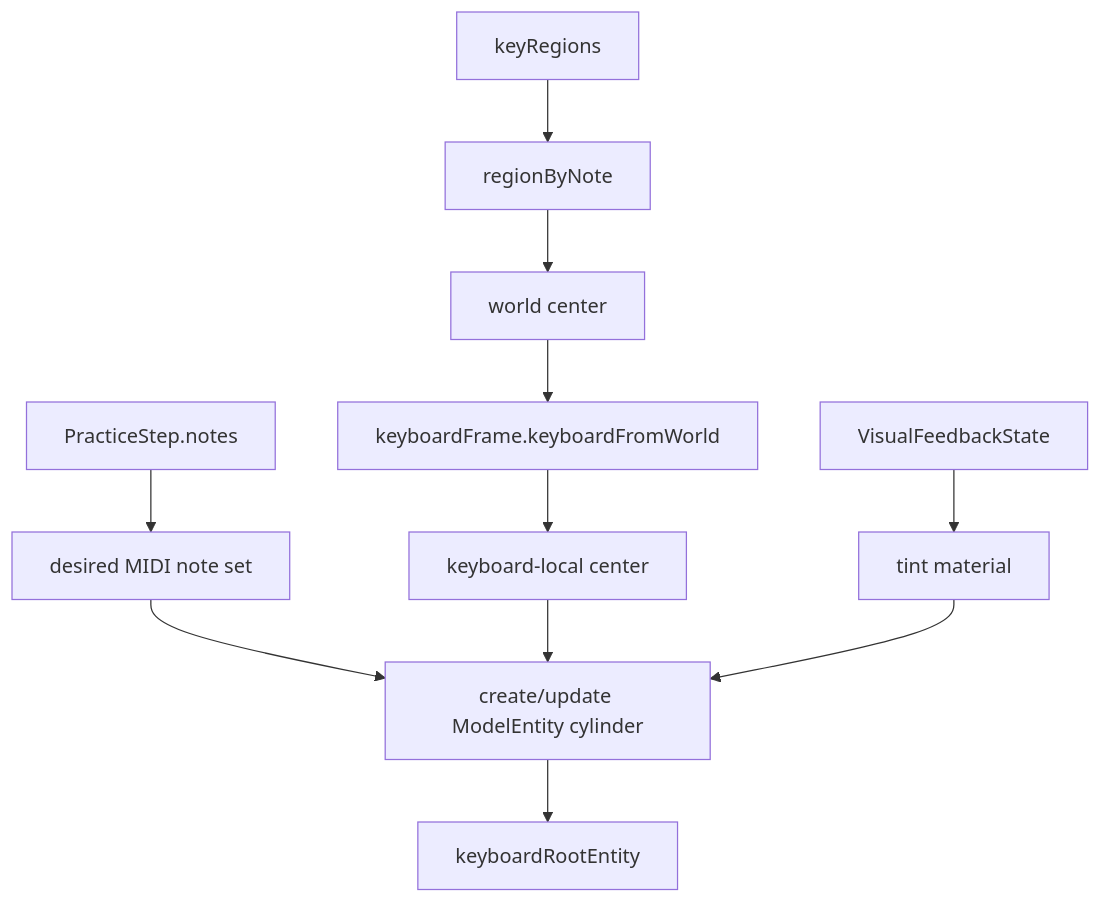
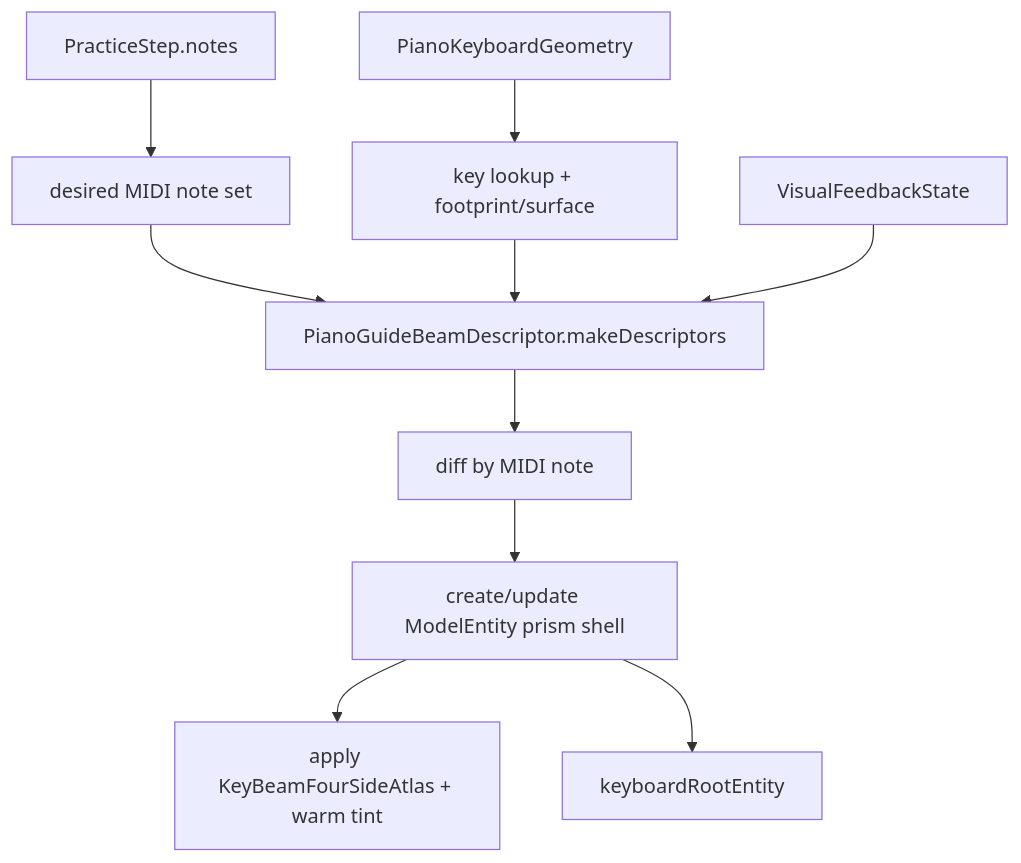
Before and after one commit to chiimagnus/LonelyPianist: the diagram in .github/deepwiki/modules/lonelypianist-avp-practice.md, drawn with Mermaid. The commit also changed other lines of this file and 5 other files, not shown here.

````diff
--- a/.github/deepwiki/modules/lonelypianist-avp-practice.md
+++ b/.github/deepwiki/modules/lonelypianist-avp-practice.md
@@ -28,13 +33,12 @@
 ```mermaid
 flowchart TD
   A[PracticeStep.notes] --> B[desired MIDI note set]
-  C[keyRegions] --> D[regionByNote]
-  D --> E[world center]
-  E --> F[keyboardFrame.keyboardFromWorld]
-  F --> G[keyboard-local center]
-  B --> H[create/update ModelEntity cylinder]
-  G --> H
-  I[VisualFeedbackState] --> J[tint material]
-  J --> H
-  H --> K[keyboardRootEntity]
+  C[PianoKeyboardGeometry] --> D[key lookup + footprint/surface]
+  B --> E[PianoGuideBeamDescriptor.makeDescriptors]
+  D --> E
+  I[VisualFeedbackState] --> E
+  E --> F[diff by MIDI note]
+  F --> G[create/update ModelEntity prism shell]
+  G --> H[apply KeyBeamFourSideAtlas + warm tint]
+  G --> K[keyboardRootEntity]
 ```
````
